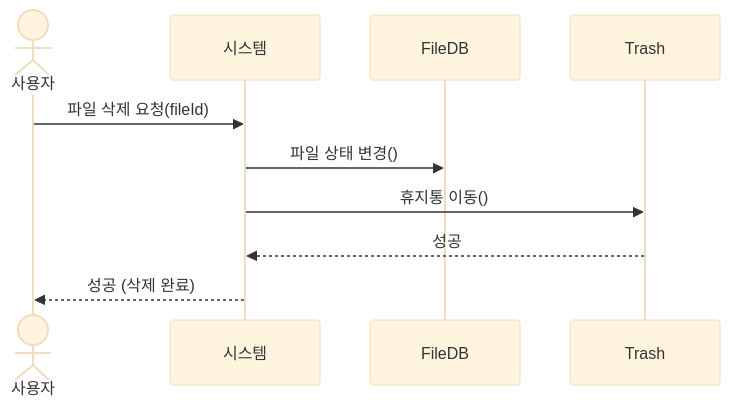
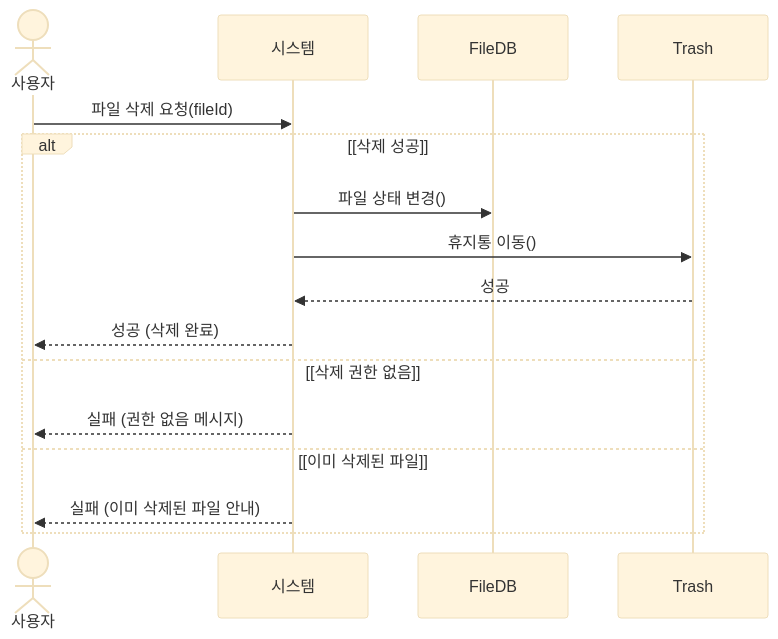
One commit to rlawlgus125/se changed the sixth of 15 diagrams in doc/project5_req_analysis.md. Above: the diagram before and after it, drawn with Mermaid (base theme). The commit also changed other lines of this file, not shown here.

````diff
--- a/doc/project5_req_analysis.md
+++ b/doc/project5_req_analysis.md
@@ -901,13 +939,19 @@
 ```mermaid
 sequenceDiagram
     actor 사용자
     participant 시스템
     participant FileDB
     participant Trash
 
     사용자 ->> 시스템: 파일 삭제 요청(fileId)
-    시스템 ->> FileDB: 파일 상태 변경()
-    시스템 ->> Trash: 휴지통 이동()
-    Trash -->> 시스템: 성공
-    시스템 -->> 사용자: 성공 (삭제 완료)
+    alt [삭제 성공]
+        시스템 ->> FileDB: 파일 상태 변경()
+        시스템 ->> Trash: 휴지통 이동()
+        Trash -->> 시스템: 성공
+        시스템 -->> 사용자: 성공 (삭제 완료)
+    else [삭제 권한 없음]
+        시스템 -->> 사용자: 실패 (권한 없음 메시지)
+    else [이미 삭제된 파일]
+        시스템 -->> 사용자: 실패 (이미 삭제된 파일 안내)
+    end
 ```
````
